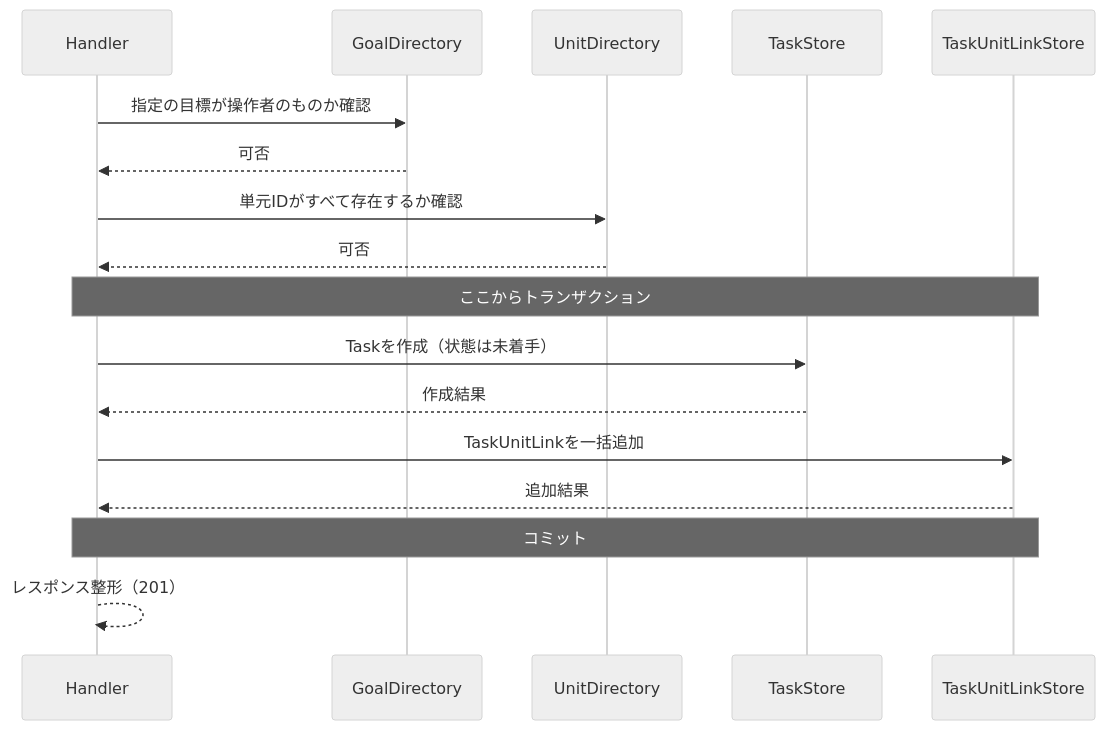
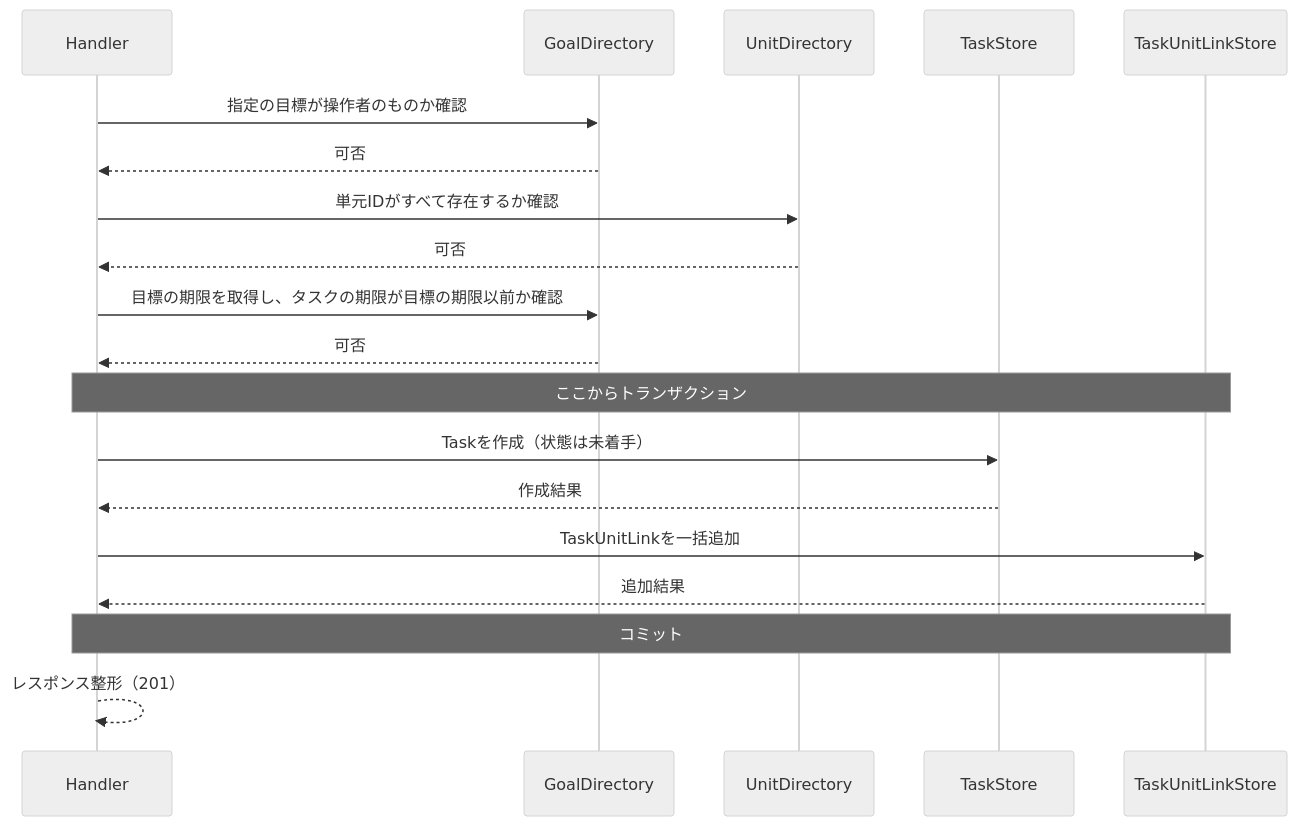
One commit to yuta20253/edu-platform-go-design changed the third of 5 diagrams in 計画書/GO移行・設計仕様書/タスク管理機能_Go移行・設計仕様書.md. Above: the diagram before and after it, drawn with Mermaid (neutral theme). The commit also changed other lines of this file and 21 other files, not shown here.

````diff
--- a/計画書/GO移行・設計仕様書/タスク管理機能_Go移行・設計仕様書.md
+++ b/計画書/GO移行・設計仕様書/タスク管理機能_Go移行・設計仕様書.md
@@ -525,20 +540,22 @@
 ```mermaid
 sequenceDiagram
     participant H as Handler
     participant GD as GoalDirectory
     participant UD as UnitDirectory
     participant TS as TaskStore
     participant TULS as TaskUnitLinkStore
 
     H->>GD: 指定の目標が操作者のものか確認
     GD-->>H: 可否
     H->>UD: 単元IDがすべて存在するか確認
     UD-->>H: 可否
+    H->>GD: 目標の期限を取得し、タスクの期限が目標の期限以前か確認
+    GD-->>H: 可否
     Note over H,TULS: ここからトランザクション
     H->>TS: Taskを作成（状態は未着手）
     TS-->>H: 作成結果
     H->>TULS: TaskUnitLinkを一括追加
     TULS-->>H: 追加結果
     Note over H,TULS: コミット
     H-->>H: レスポンス整形（201）
 ```
````
